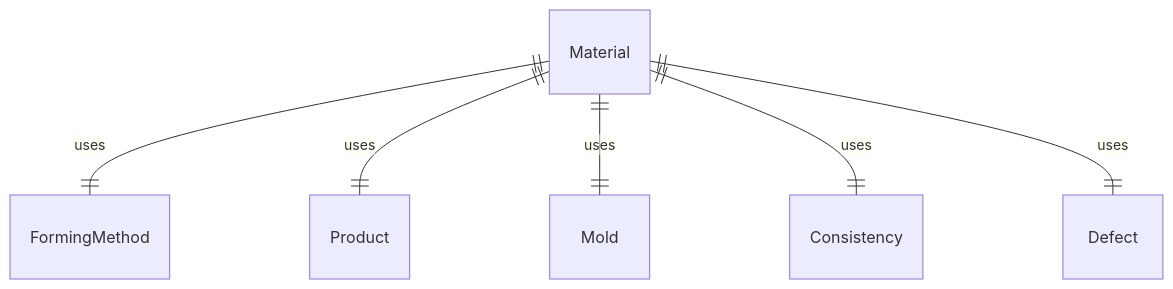
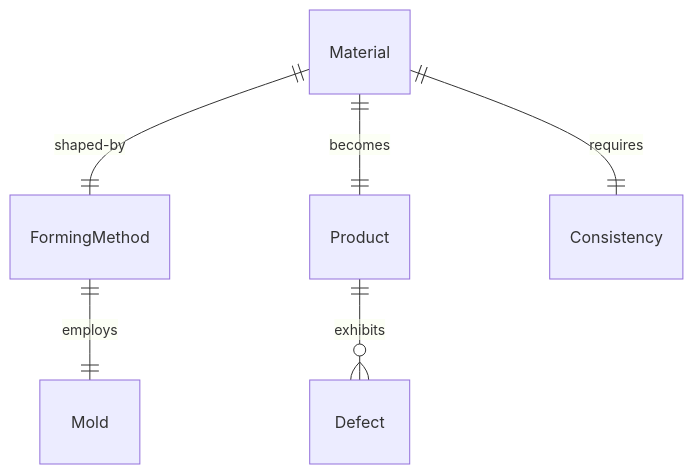
One commit to dot-org-ai/tasks.org.ai changed the first of 4 diagrams in HandlingAndMovingObjects/ShapeMaterialsToCreateProducts/ShapeClayDoughCreateProducts.mdx. Above: the diagram before and after it, drawn with Mermaid. The commit also changed other lines of this file and 515 other files, not shown here.

````diff
--- a/HandlingAndMovingObjects/ShapeMaterialsToCreateProducts/ShapeClayDoughCreateProducts.mdx
+++ b/HandlingAndMovingObjects/ShapeMaterialsToCreateProducts/ShapeClayDoughCreateProducts.mdx
@@ -88,8 +88,8 @@
 ```mermaid
 erDiagram
-    Material ||--|| FormingMethod : "uses"
-    Material ||--|| Product : "uses"
-    Material ||--|| Mold : "uses"
-    Material ||--|| Consistency : "uses"
-    Material ||--|| Defect : "uses"
+    Material ||--|| FormingMethod : "shaped-by"
+    Material ||--|| Product : "becomes"
+    FormingMethod ||--|| Mold : "employs"
+    Material ||--|| Consistency : "requires"
+    Product ||--o{ Defect : "exhibits"
 ```
````
